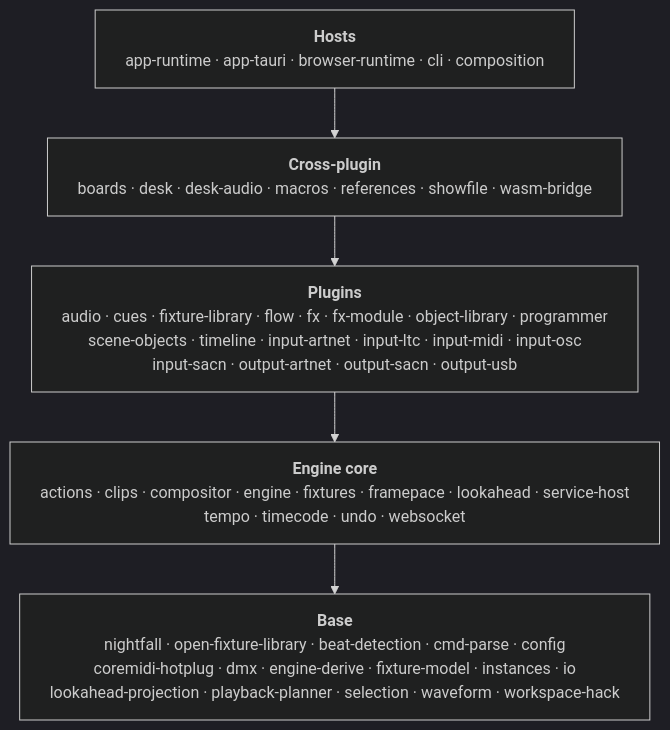
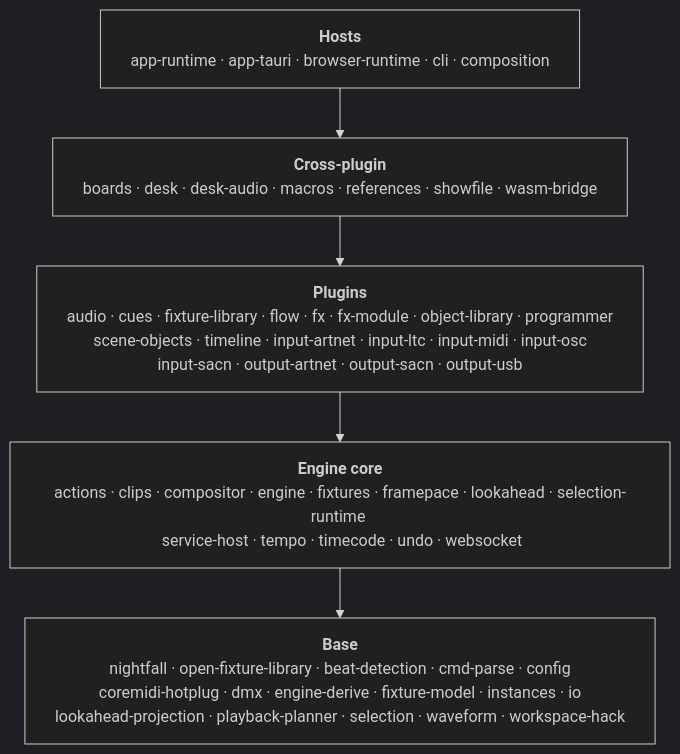
The diagram in docs/internal/src/architecture/crate-map.md (stewartadam/nightfall-lightdesk), drawn with Mermaid (dark theme) before and after one commit. The commit also changed other lines of this file and 48 other files, not shown here.

First line of the commit message:
refactor(engine:selection-runtime): move the selection ECS adapter out of fixtures

````diff
--- a/docs/internal/src/architecture/crate-map.md
+++ b/docs/internal/src/architecture/crate-map.md
@@ -13,16 +13,16 @@
 ```mermaid
 ---
 config:
   flowchart:
     wrappingWidth: 600
 ---
 flowchart TB
   accTitle: Crate layers, their crates, and allowed dependencies
   accDescr: Five layers from hosts down to base, each listing its crates. Each layer may depend on any layer below it. Plugin crates may not depend on other plugin crates.
   hosts["<b>Hosts</b><br/>app-runtime · app-tauri · browser-runtime · cli · composition"]
   crossPlugin["<b>Cross-plugin</b><br/>boards · desk · desk-audio · macros · references · showfile · wasm-bridge"]
   plugins["<b>Plugins</b><br/>audio · cues · fixture-library · flow · fx · fx-module · object-library · programmer <br/> scene-objects · timeline · input-artnet · input-ltc · input-midi · input-osc <br /> input-sacn · output-artnet · output-sacn · output-usb"]
-  engineCore["<b>Engine core</b><br/>actions · clips · compositor · engine · fixtures · framepace · lookahead · service-host <br /> tempo · timecode · undo · websocket"]
+  engineCore["<b>Engine core</b><br/>actions · clips · compositor · engine · fixtures · framepace · lookahead · selection-runtime <br /> service-host · tempo · timecode · undo · websocket"]
   base["<b>Base</b><br/>nightfall · open-fixture-library · beat-detection · cmd-parse · config <br /> coremidi-hotplug · dmx · engine-derive · fixture-model · instances · io <br /> lookahead-projection · playback-planner · selection · waveform · workspace-hack"]
   hosts --> crossPlugin --> plugins --> engineCore --> base
 ```
````
